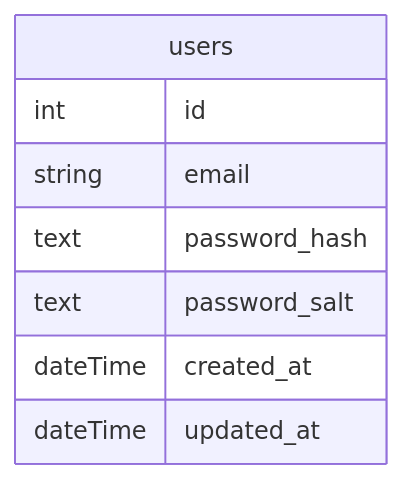
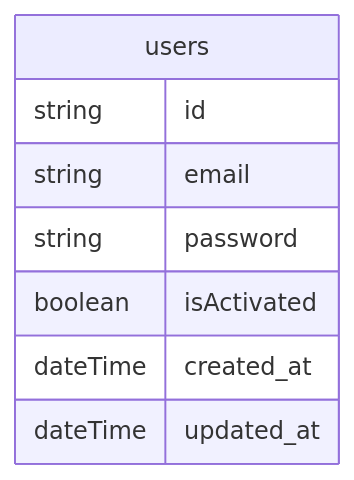
The diagram in readme.md (BinaryStudioAcademy/bsa-2022-streamlet), drawn with Mermaid before and after one commit. The commit also changed other lines of this file and 5 other files, not shown here.

````diff
--- a/readme.md
+++ b/readme.md
@@ -45,11 +54,11 @@
 ```mermaid
 erDiagram
   users {
-      int id
+      string id
       string email
-      text  password_hash
-      text password_salt
+      string  password
+      boolean isActivated
       dateTime created_at
       dateTime updated_at
   }
 ```
````
